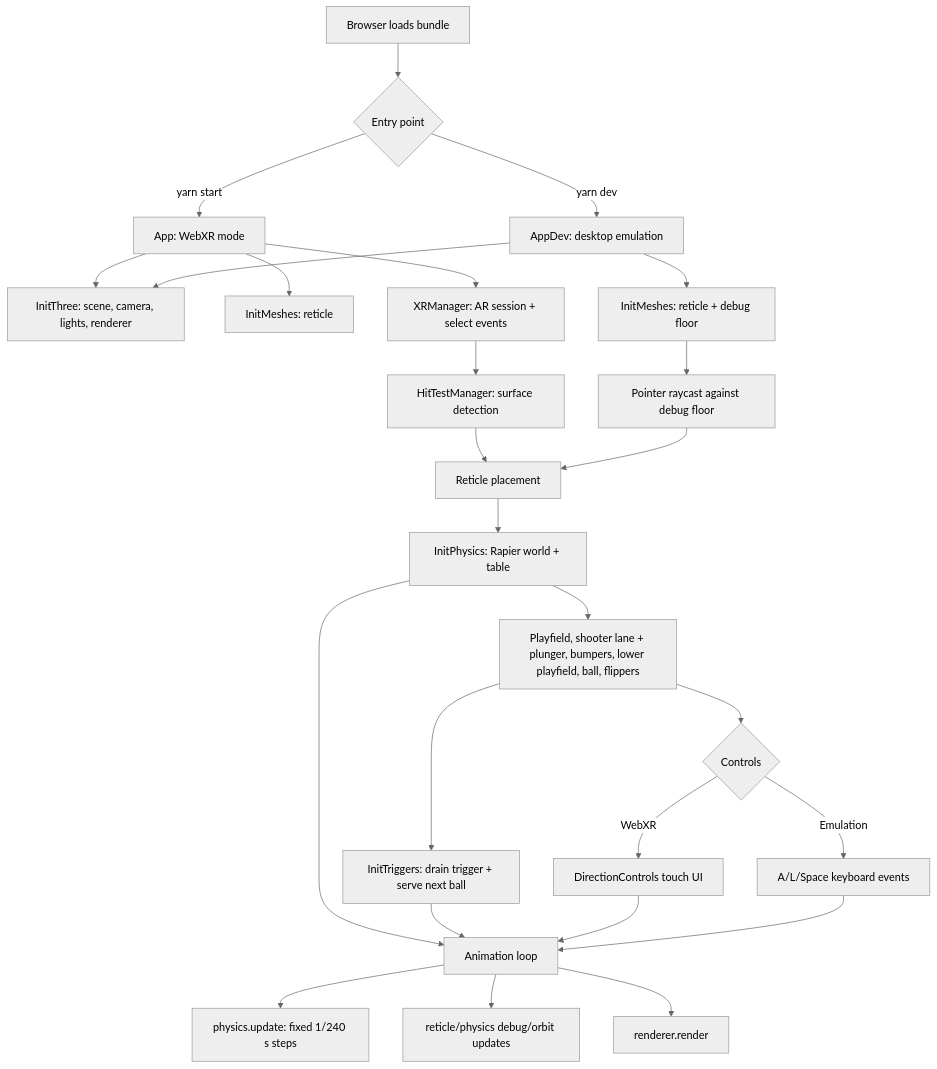
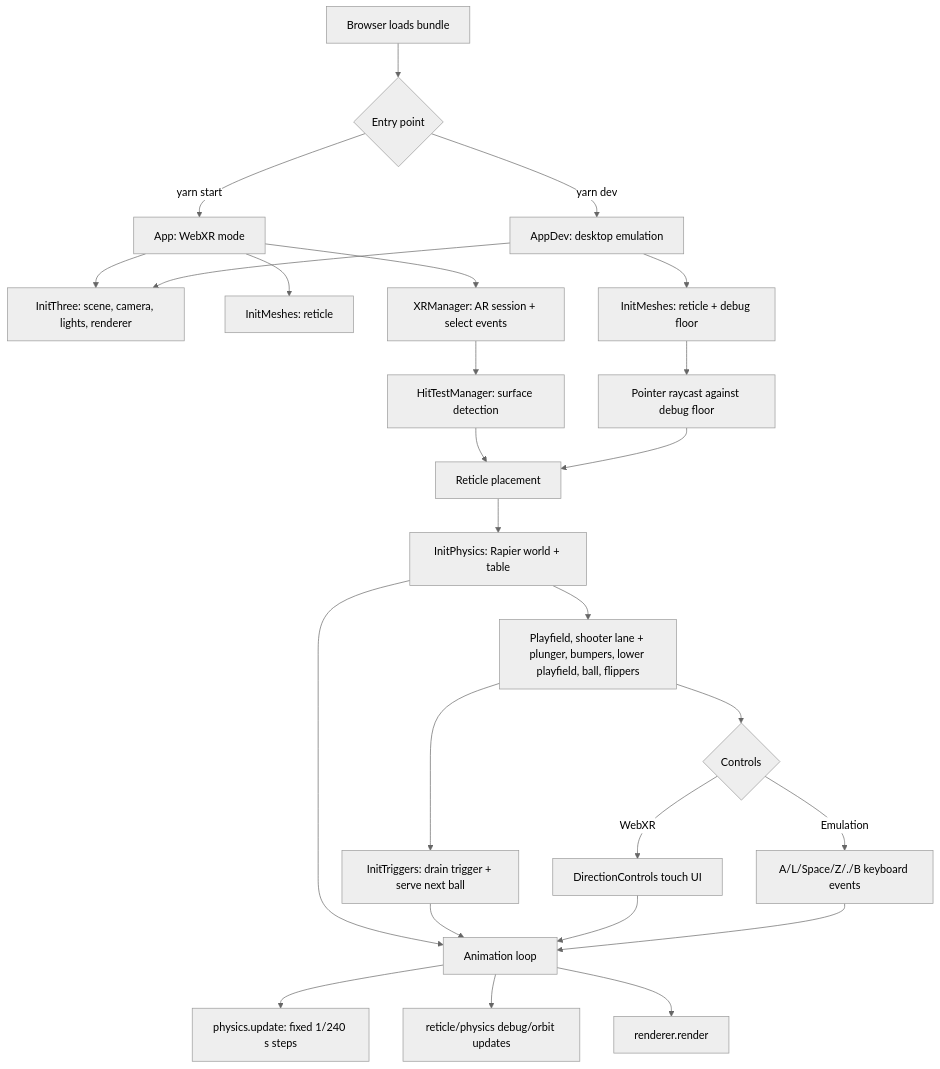
One commit to patrick-s-young/pinball-xr changed the diagram in README.md. Above: the diagram before and after it, drawn with Mermaid (neutral theme). The commit also changed other lines of this file and 16 other files, not shown here.

````diff
--- a/README.md
+++ b/README.md
@@ -30,32 +30,32 @@
 ```mermaid
 flowchart TD
     Start["Browser loads bundle"] --> Entry{"Entry point"}
     Entry -->|"yarn start"| XRApp["App: WebXR mode"]
     Entry -->|"yarn dev"| DevApp["AppDev: desktop emulation"]
 
     XRApp --> InitThree["InitThree: scene, camera, lights, renderer"]
     DevApp --> InitThree
     XRApp --> InitMeshes["InitMeshes: reticle"]
     DevApp --> InitMeshesDev["InitMeshes: reticle + debug floor"]
 
     XRApp --> XRManager["XRManager: AR session + select events"]
     XRManager --> HitTest["HitTestManager: surface detection"]
     HitTest --> Placement["Reticle placement"]
     InitMeshesDev --> Raycast["Pointer raycast against debug floor"]
     Raycast --> Placement
 
     Placement --> InitPhysics["InitPhysics: Rapier world + table"]
     InitPhysics --> Bodies["Playfield, shooter lane + plunger, bumpers, lower playfield, ball, flippers"]
     Bodies --> Triggers["InitTriggers: drain trigger + serve next ball"]
     Bodies --> Controls{"Controls"}
     Controls -->|"WebXR"| TouchControls["DirectionControls touch UI"]
-    Controls -->|"Emulation"| KeyEvents["A/L/Space keyboard events"]
+    Controls -->|"Emulation"| KeyEvents["A/L/Space/Z/./B keyboard events"]
 
     InitPhysics --> Loop["Animation loop"]
     Triggers --> Loop
     TouchControls --> Loop
     KeyEvents --> Loop
     Loop --> Physics["physics.update: fixed 1/240 s steps"]
     Loop --> Updates["reticle/physics debug/orbit updates"]
     Loop --> Render["renderer.render"]
 ```
````
